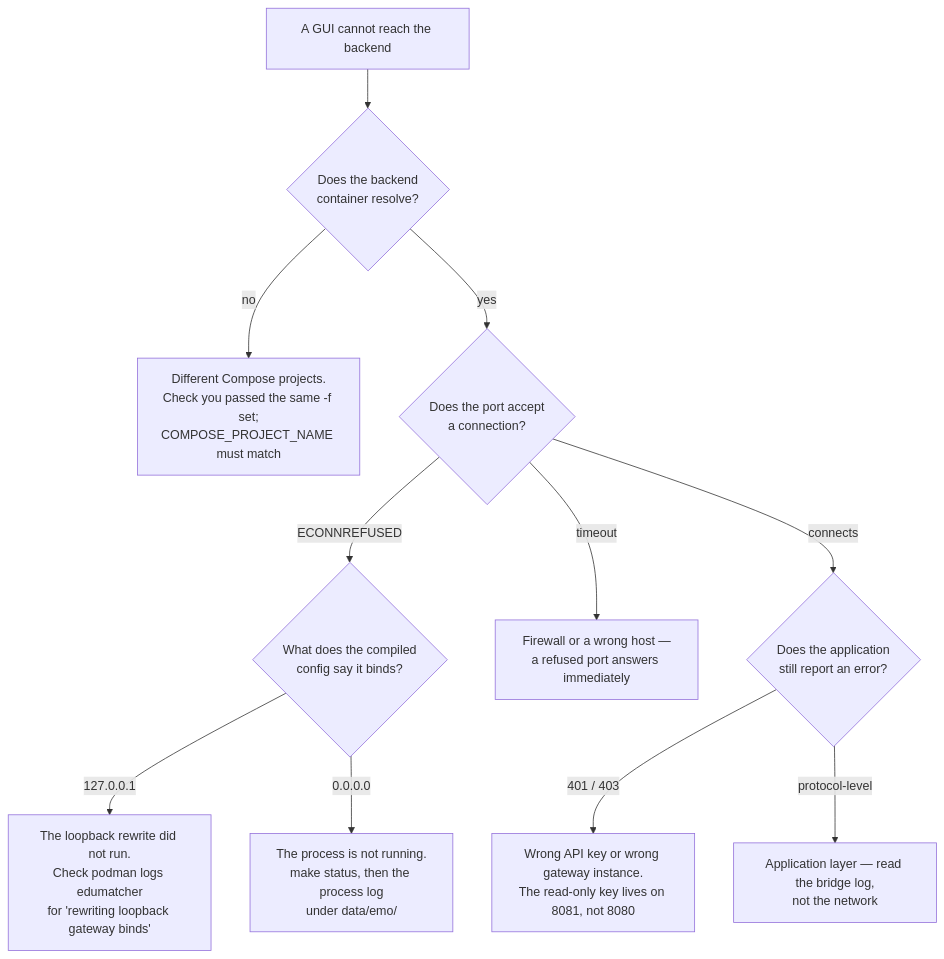
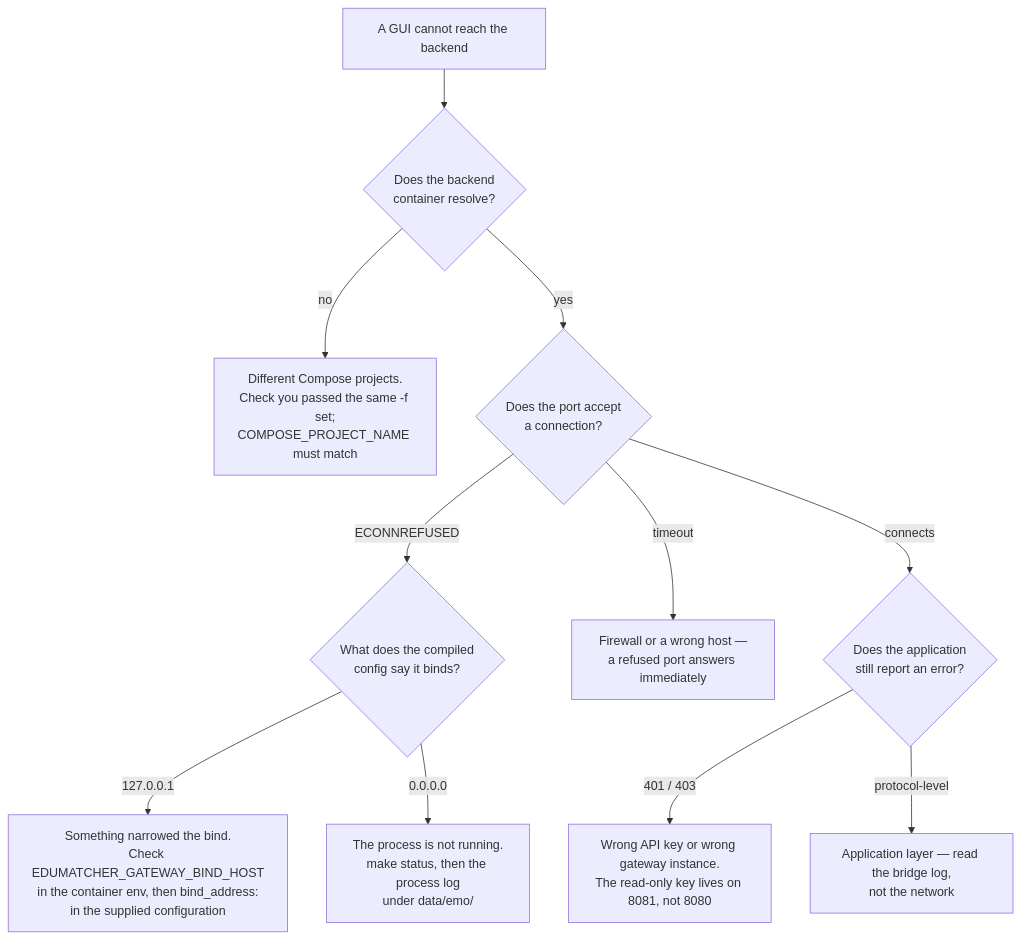
The seventh of 8 diagrams in docs/developer/07-container-and-networks.md (johan162/EduMatcher), drawn with Mermaid before and after one commit. The commit also changed other lines of this file and 48 other files, not shown here.

Commit message:
feat(gwy): use bind 0.0.0.0 for all gateways instead of 127.0.0.1. This will remove the need for a rewrite in the entrypoint that we currently use

````diff
--- a/docs/developer/07-container-and-networks.md
+++ b/docs/developer/07-container-and-networks.md
@@ -602,13 +679,13 @@
 ```mermaid
 flowchart TD
     S["A GUI cannot reach the backend"] --> A{"Does the backend\ncontainer resolve?"}
     A -->|no| A1["Different Compose projects.\nCheck you passed the same -f set;\nCOMPOSE_PROJECT_NAME must match"]
     A -->|yes| B{"Does the port accept\na connection?"}
     B -->|"ECONNREFUSED"| B1{"What does the compiled\nconfig say it binds?"}
-    B1 -->|"127.0.0.1"| B2["The loopback rewrite did not run.\nCheck podman logs edumatcher\nfor 'rewriting loopback gateway binds'"]
+    B1 -->|"127.0.0.1"| B2["Something narrowed the bind.\nCheck EDUMATCHER_GATEWAY_BIND_HOST\nin the container env, then bind_address:\nin the supplied configuration"]
     B1 -->|"0.0.0.0"| B3["The process is not running.\nmake status, then the process log\nunder data/emo/"]
     B -->|"timeout"| B4["Firewall or a wrong host —\na refused port answers immediately"]
     B -->|"connects"| C{"Does the application\nstill report an error?"}
     C -->|"401 / 403"| C1["Wrong API key or wrong gateway instance.\nThe read-only key lives on 8081, not 8080"]
     C -->|"protocol-level"| C2["Application layer — read the bridge log,\nnot the network"]
 ```
````
